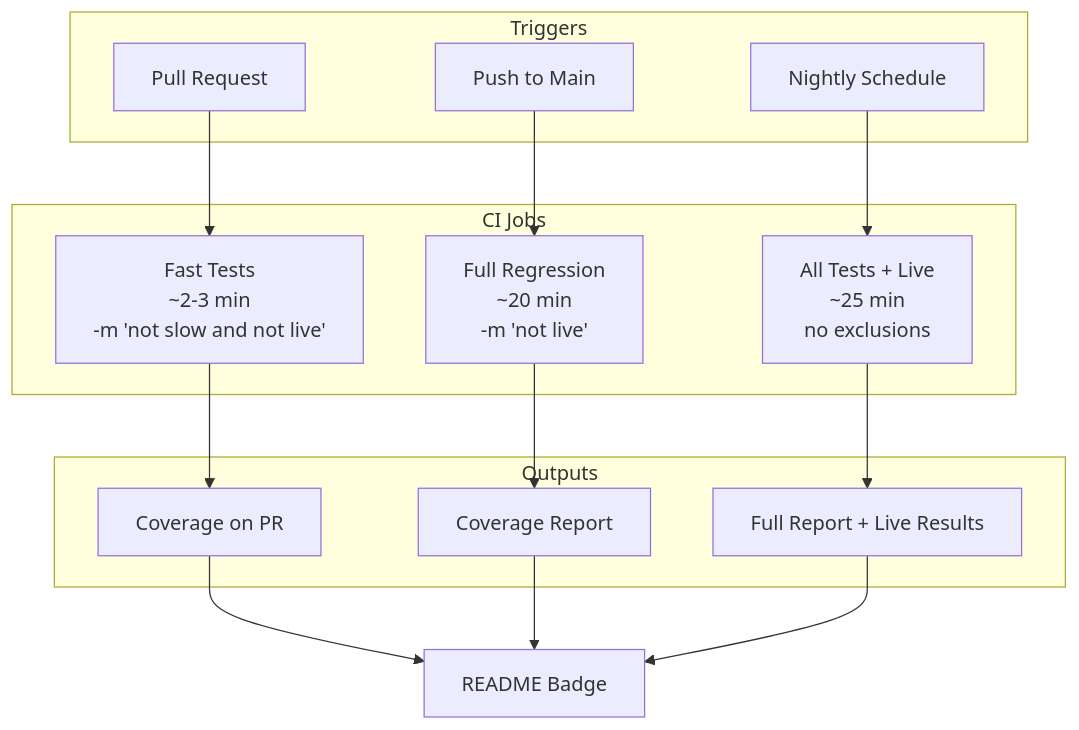
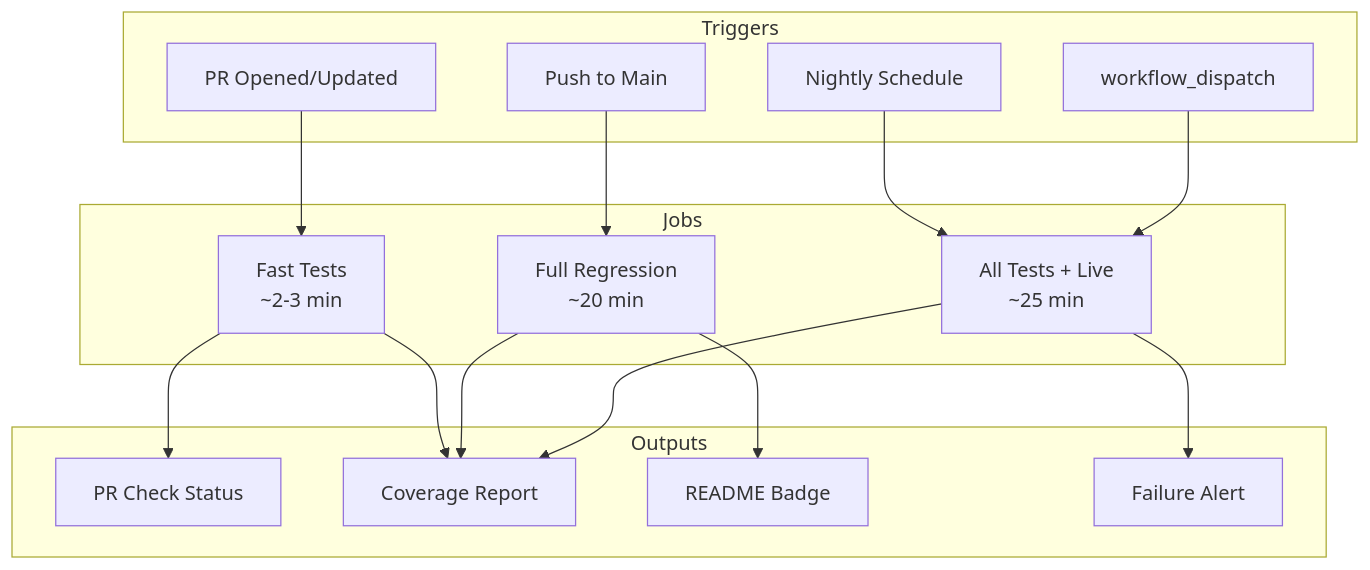
The diagram in docs/lld/active/LLD-116.md (martymcenroe/AgentOS), drawn with Mermaid before and after one commit. The commit also changed other lines of this file and 9 other files, not shown here.

````diff
--- a/docs/lld/active/LLD-116.md
+++ b/docs/lld/active/LLD-116.md
@@ -210,24 +242,34 @@
 ```mermaid
-flowchart TD
+flowchart TB
     subgraph Triggers
-        PR[Pull Request]
+        PR[PR Opened/Updated]
         Push[Push to Main]
-        Nightly[Nightly Schedule]
+        Cron[Nightly Schedule]
+        Manual[workflow_dispatch]
     end
 
-    subgraph "CI Jobs"
-        PR --> FastTests["Fast Tests<br/>~2-3 min<br/>-m 'not slow and not live'"]
-        Push --> FullTests["Full Regression<br/>~20 min<br/>-m 'not live'"]
-        Nightly --> AllTests["All Tests + Live<br/>~25 min<br/>no exclusions"]
+    subgraph Jobs
+        Fast[Fast Tests<br/>~2-3 min]
+        Full[Full Regression<br/>~20 min]
+        Nightly[All Tests + Live<br/>~25 min]
     end
 
-    subgraph "Outputs"
-        FastTests --> CovPR[Coverage on PR]
-        FullTests --> CovMain[Coverage Report]
-        AllTests --> CovFull[Full Report + Live Results]
+    subgraph Outputs
+        Check[PR Check Status]
+        Coverage[Coverage Report]
+        Badge[README Badge]
+        Alert[Failure Alert]
     end
 
-    CovPR --> Badge[README Badge]
-    CovMain --> Badge
-    CovFull --> Badge
+    PR --> Fast
+    Push --> Full
+    Cron --> Nightly
+    Manual --> Nightly
+
+    Fast --> Check
+    Fast --> Coverage
+    Full --> Coverage
+    Full --> Badge
+    Nightly --> Coverage
+    Nightly --> Alert
 ```
````
